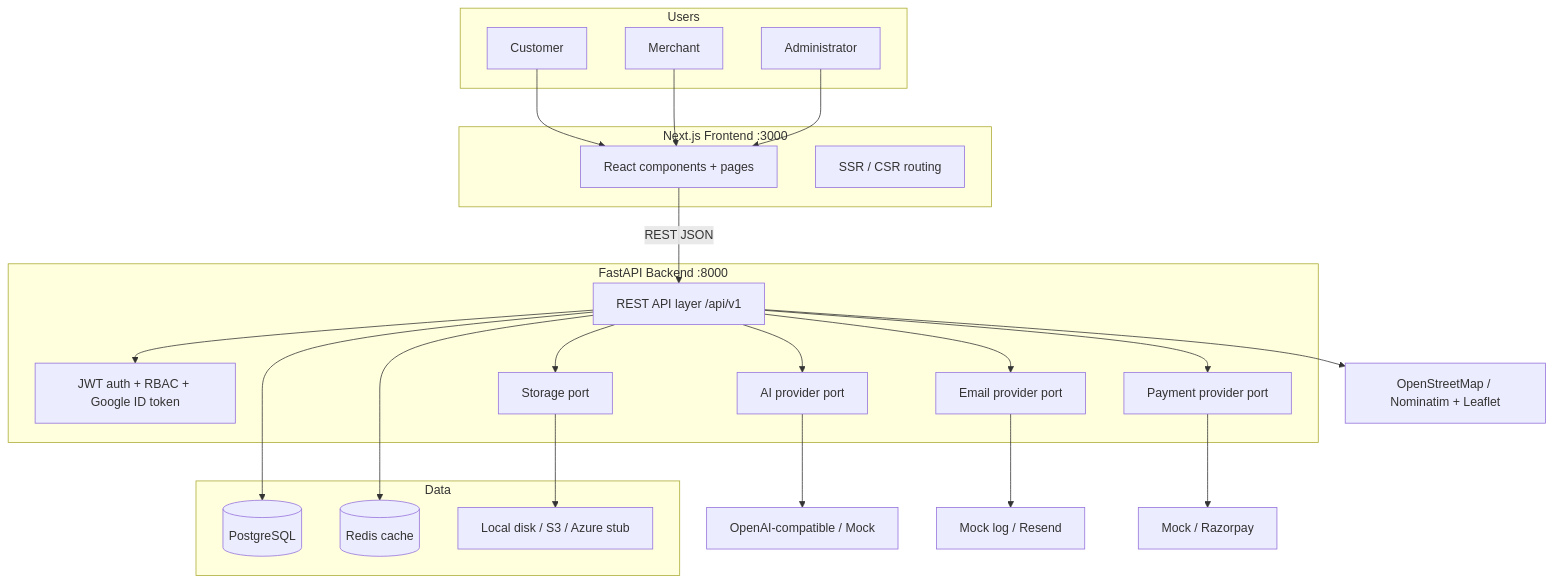
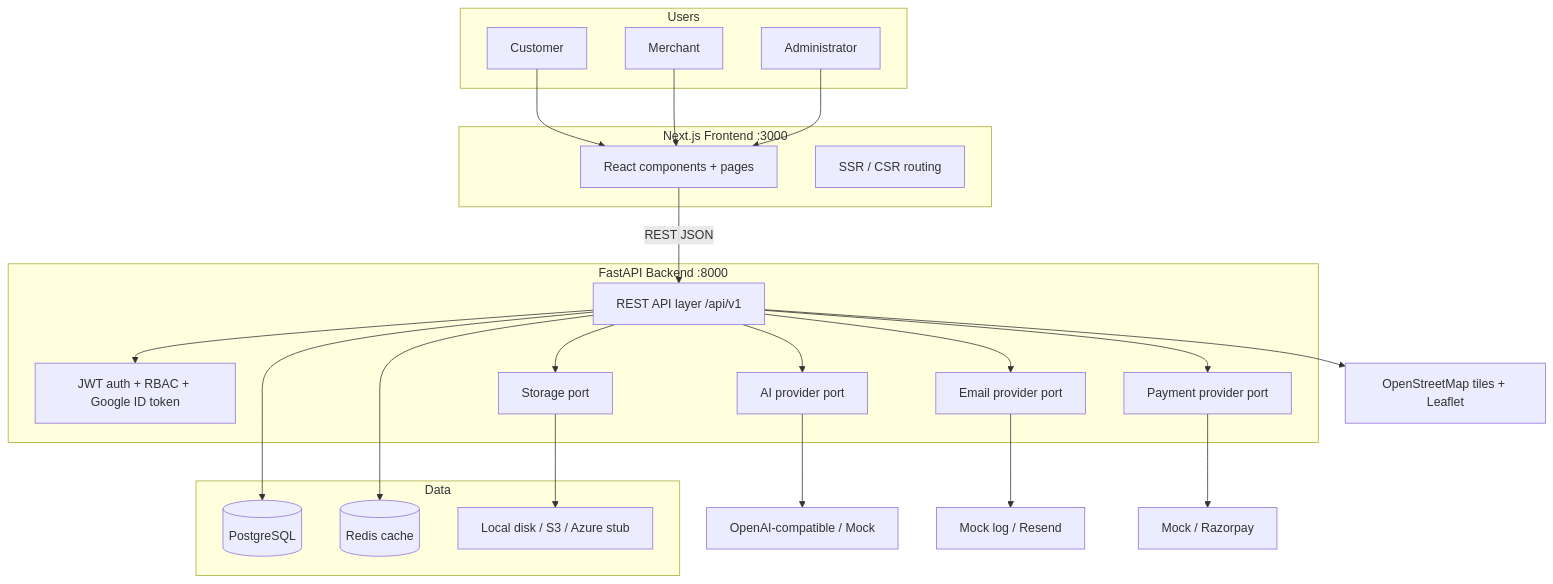
One commit to krishnaviswa/MEngPlat changed the third of 23 diagrams in README.md. Above: the diagram before and after it, drawn with Mermaid. The commit also changed other lines of this file and 107 other files, not shown here.

````diff
--- a/README.md
+++ b/README.md
@@ -220,45 +220,45 @@
 ```mermaid
 flowchart TB
     subgraph Users
         C[Customer]
         M[Merchant]
         A[Administrator]
     end
 
     subgraph Frontend["Next.js Frontend :3000"]
         UI[React components + pages]
         SSR[SSR / CSR routing]
     end
 
     subgraph Backend["FastAPI Backend :8000"]
         API[REST API layer /api/v1]
         AUTH[JWT auth + RBAC + Google ID token]
         AI[AI provider port]
         STORAGE[Storage port]
         MAIL[Email provider port]
         PAY[Payment provider port]
     end
 
     subgraph Data
         PG[(PostgreSQL)]
         RD[(Redis cache)]
         FS[Local disk / S3 / Azure stub]
     end
 
     C --> UI
     M --> UI
     A --> UI
     UI -->|REST JSON| API
     API --> AUTH
     API --> PG
     API --> RD
     API --> AI
     API --> STORAGE
     API --> MAIL
     API --> PAY
     STORAGE --> FS
     AI --> LLM[OpenAI-compatible / Mock]
     MAIL --> MailVend[Mock log / Resend]
     PAY --> PayVend[Mock / Razorpay]
-    API --> Maps[OpenStreetMap / Nominatim + Leaflet]
+    API --> Maps[OpenStreetMap tiles + Leaflet]
 ```
````
